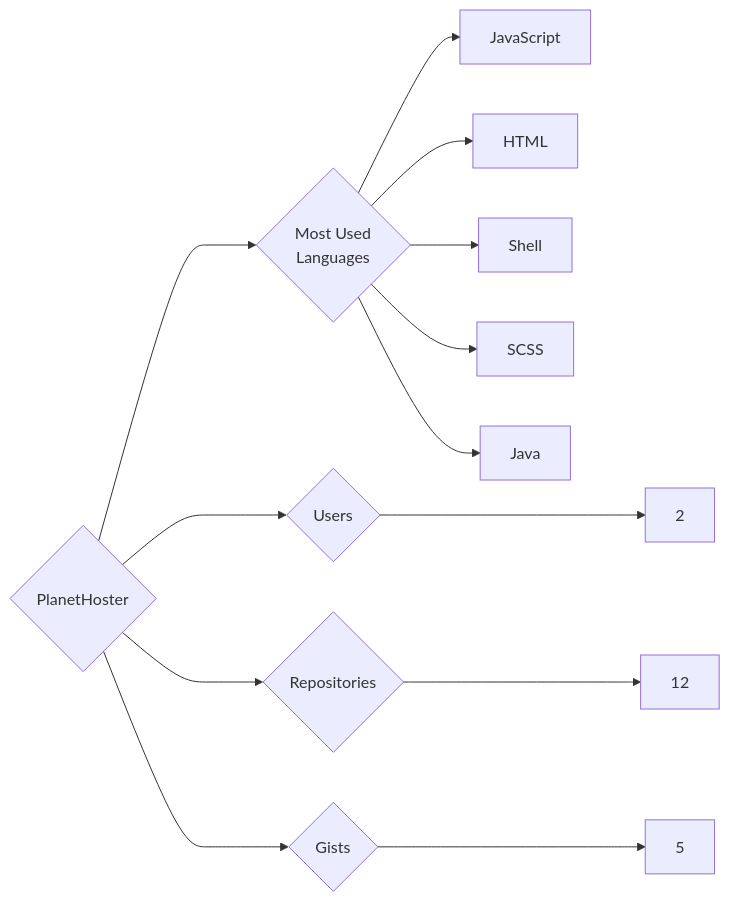
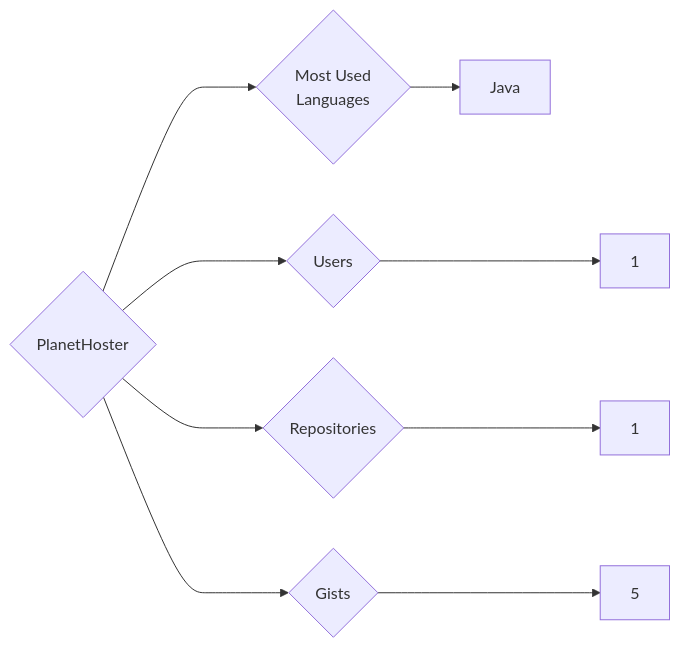
The diagram in targets/PlanetHoster/README.md (trickest/insiders), drawn with Mermaid before and after one commit. The commit also changed 969 other files, not shown here.

````diff
--- a/targets/PlanetHoster/README.md
+++ b/targets/PlanetHoster/README.md
@@ -3,13 +3,9 @@
 ```mermaid
 graph LR
 COMPANY_NAME{PlanetHoster}
-COMPANY_NAME ---> U{Users} ---> UN[2]
-COMPANY_NAME ---> R{Repositories} ---> RN[12]
+COMPANY_NAME ---> U{Users} ---> UN[1]
+COMPANY_NAME ---> R{Repositories} ---> RN[1]
 COMPANY_NAME ---> G{Gists} ---> GN[5]
 COMPANY_NAME ---> ML{Most Used<br>Languages}
-ML --> JavaScript[JavaScript]
-ML --> HTML[HTML]
-ML --> Shell[Shell]
-ML --> SCSS[SCSS]
 ML --> Java[Java]
 ```
````
